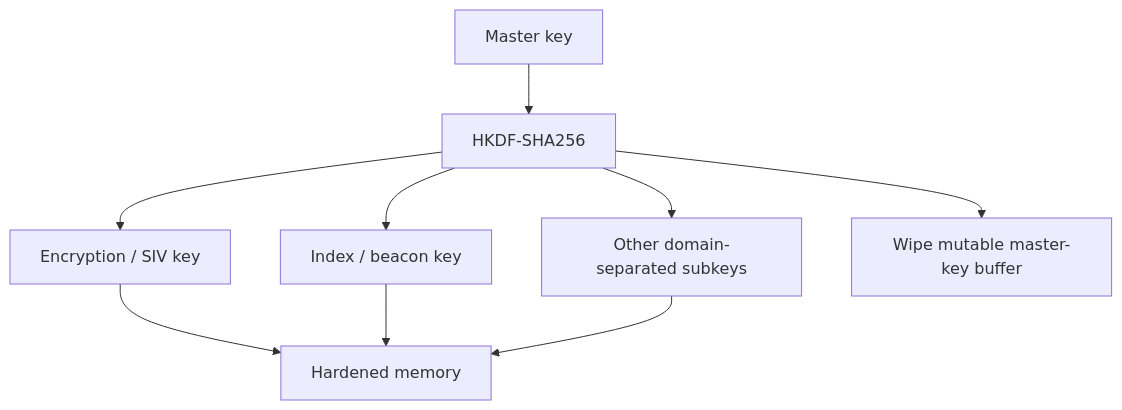
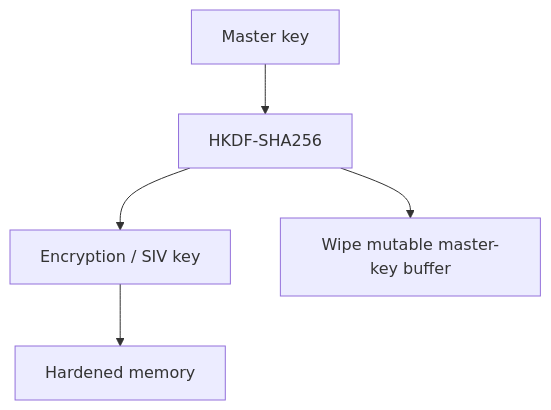
The third of 4 diagrams in README.md (Guerilla-ops/floorvault), drawn with Mermaid before and after one commit. The commit also changed other lines of this file and 11 other files, not shown here.

````diff
--- a/README.md
+++ b/README.md
@@ -392,12 +234,8 @@
 ```mermaid
 flowchart TD
     M["Master key"] --> H["HKDF-SHA256"]
     H --> E["Encryption / SIV key"]
-    H --> I["Index / beacon key"]
-    H --> O["Other domain-separated subkeys"]
     H --> W["Wipe mutable master-key buffer"]
 
     E --> HM["Hardened memory"]
-    I --> HM
-    O --> HM
 ```
````
